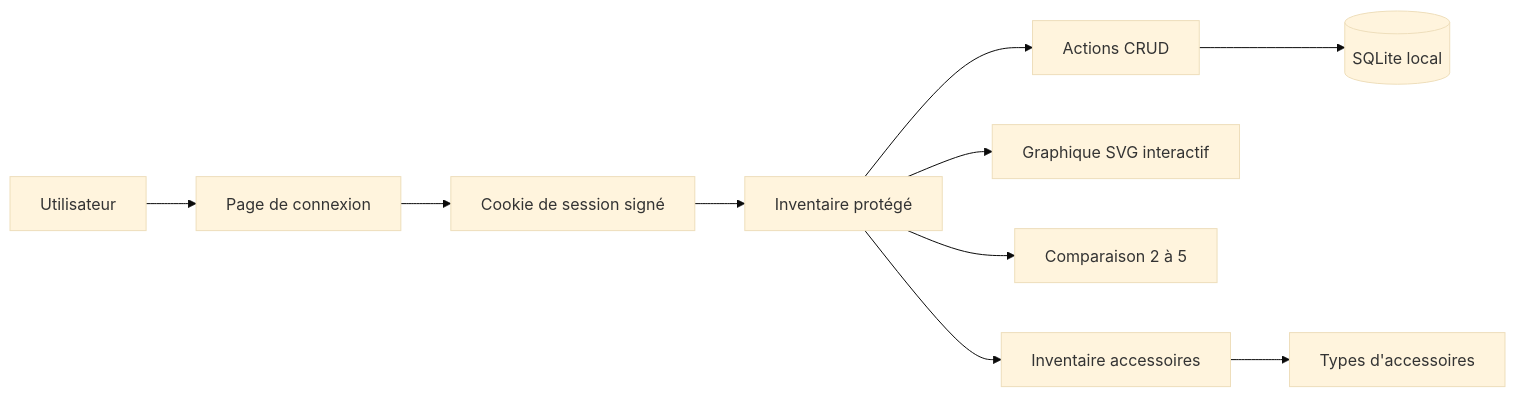
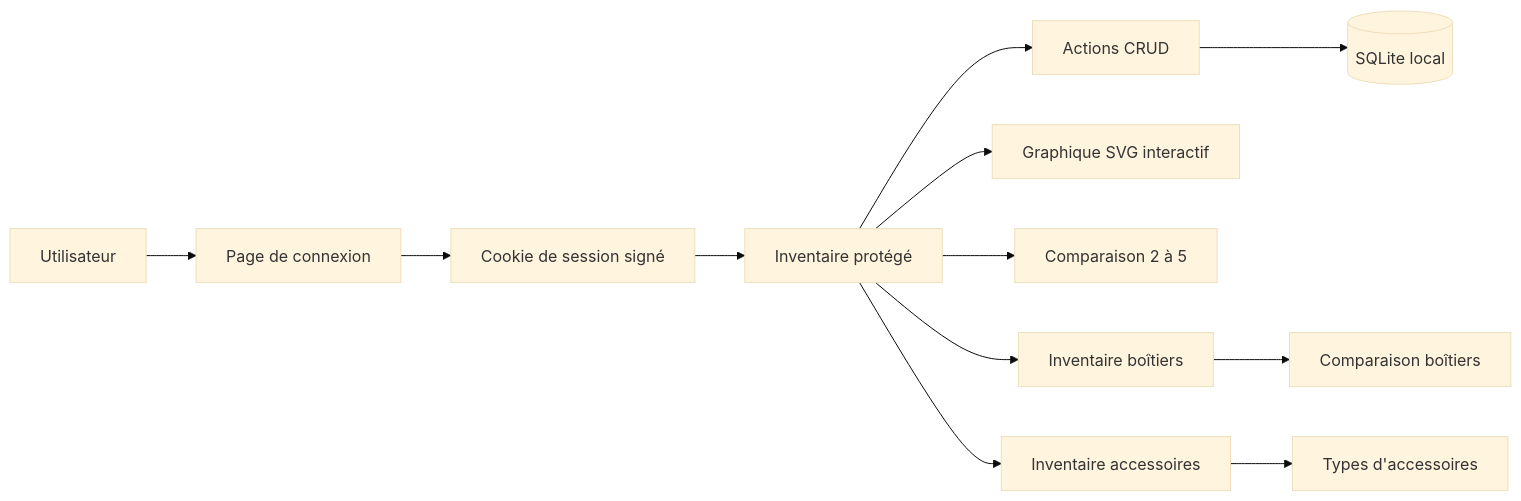
Before and after one commit to ThibaultAuge/PhotoPark: the first of 2 diagrams in README.md, drawn with Mermaid (base theme). The commit also changed other lines of this file and 11 other files, not shown here.

````diff
--- a/README.md
+++ b/README.md
@@ -34,12 +38,14 @@
 ```mermaid
 flowchart LR
     User[Utilisateur] --> Login[Page de connexion]
     Login --> Session[Cookie de session signé]
     Session --> App[Inventaire protégé]
     App --> CRUD[Actions CRUD]
     CRUD --> SQLite[(SQLite local)]
     App --> Chart[Graphique SVG interactif]
     App --> Compare[Comparaison 2 à 5]
+    App --> Bodies[Inventaire boîtiers]
     App --> Accessories[Inventaire accessoires]
+    Bodies --> BodyCompare[Comparaison boîtiers]
     Accessories --> AccessorySettings[Types d'accessoires]
 ```
````
